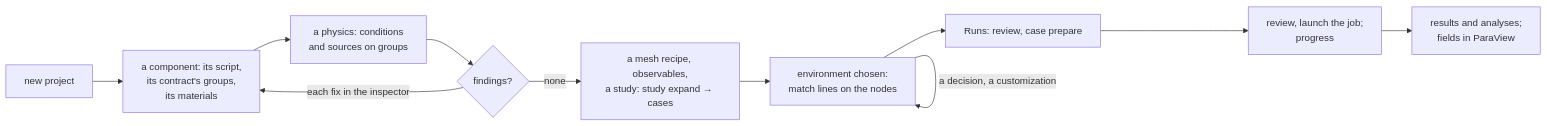
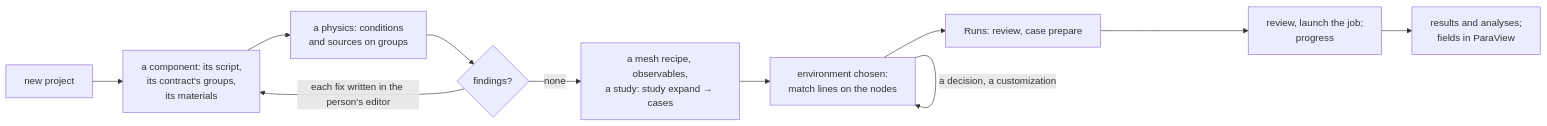
The first of 3 diagrams in docs/contracts/web.md (Qing-LAB/femkit), drawn with Mermaid before and after one commit. The commit also changed other lines of this file and 188 other files, not shown here.

````diff
--- a/docs/contracts/web.md
+++ b/docs/contracts/web.md
@@ -184,13 +184,13 @@
 ```mermaid
 flowchart LR
     E["new project"] --> C["a component: its script,<br/>its contract's groups,<br/>its materials"]
     C --> P["a physics: conditions<br/>and sources on groups"]
     P --> F{"findings?"}
-    F -->|"each fix in the inspector"| C
+    F -->|"each fix written in the person's editor"| C
     F -->|"none"| S["a mesh recipe, observables,<br/>a study: study expand → cases"]
     S --> X["environment chosen:<br/>match lines on the nodes"]
     X -->|"a decision, a customization"| X
     X --> R["Runs: review, case prepare"]
     R --> J["review, launch the job;<br/>progress"]
     J --> A["results and analyses;<br/>fields in ParaView"]
 ```
````
